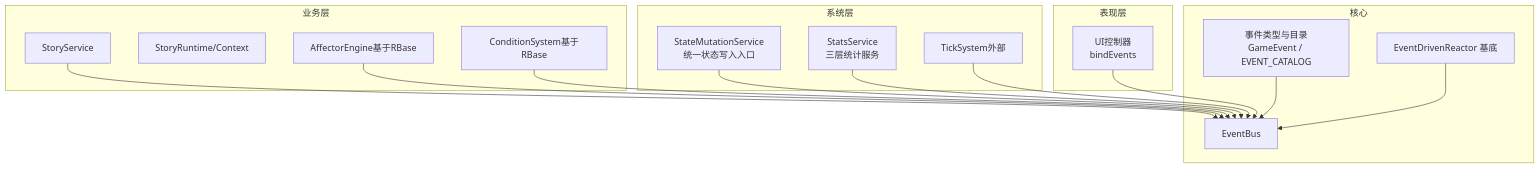
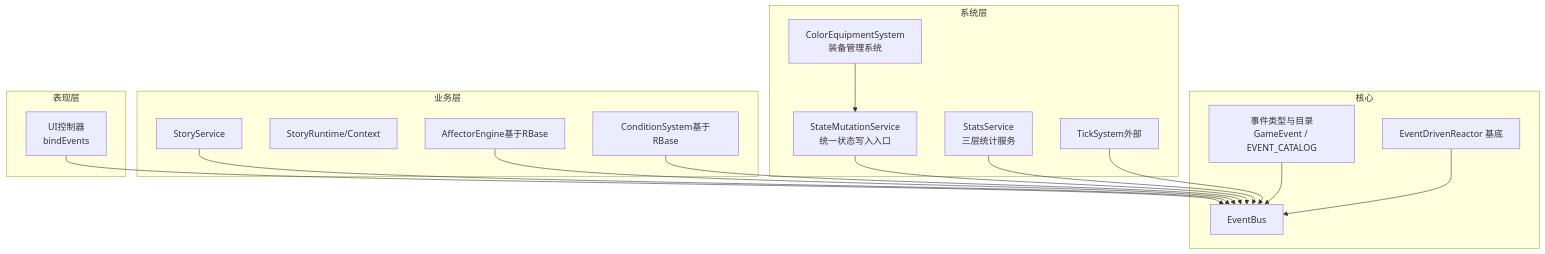
Before and after one commit to EsiLA9/Arona-Clicker: the first of 3 diagrams in .qoder/repowiki/zh/content/架构设计/组件通信机制.md, drawn with Mermaid. The commit also changed other lines of this file and 76 other files, not shown here.

````diff
--- a/.qoder/repowiki/zh/content/架构设计/组件通信机制.md
+++ b/.qoder/repowiki/zh/content/架构设计/组件通信机制.md
@@ -42,31 +50,33 @@
 ```mermaid
 graph TB
 subgraph "核心"
 EB["EventBus"]
 Types["事件类型与目录<br/>GameEvent / EVENT_CATALOG"]
 RBase["EventDrivenReactor 基底"]
 end
 subgraph "系统层"
 Mut["StateMutationService<br/>统一状态写入入口"]
 Stats["StatsService<br/>三层统计服务"]
 Tick["TickSystem外部"]
+Equip["ColorEquipmentSystem<br/>装备管理系统"]
 end
 subgraph "业务层"
 StorySvc["StoryService"]
 StoryCtx["StoryRuntime/Context"]
 Affector["AffectorEngine基于RBase"]
 Cond["ConditionSystem基于RBase"]
 end
 subgraph "表现层"
 UI["UI控制器<br/>bindEvents"]
 end
 Mut --> EB
 Stats --> EB
 Affector --> EB
 Cond --> EB
 StorySvc --> EB
 UI --> EB
+Equip --> Mut
 Types --> EB
 RBase --> EB
 Tick --> EB
 ```
````
